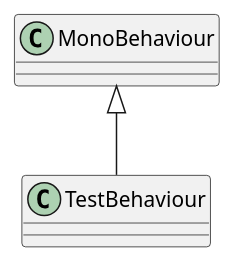
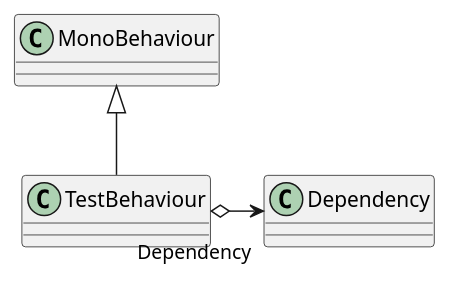
One commit to Delt06/unity-generate-uml changed the diagram in UML/Assets/Scripts/TestBehaviour.puml. Above: the diagram before and after it, drawn with PlantUML. The commit also changed 2 other files, not shown here.

Commit message:
Generate UML (Generate UML)

```diff
--- a/UML/Assets/Scripts/TestBehaviour.puml
+++ b/UML/Assets/Scripts/TestBehaviour.puml
@@ -1,5 +1,6 @@
 @startuml
 class TestBehaviour {
 }
 MonoBehaviour <|-- TestBehaviour
+TestBehaviour o-> "Dependency" Dependency
 @enduml
```
